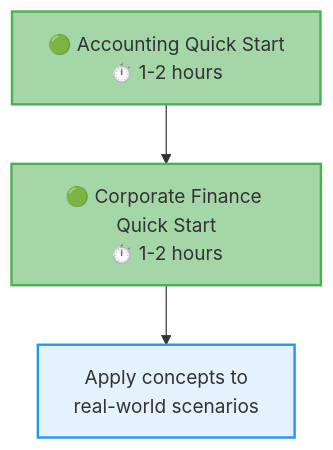
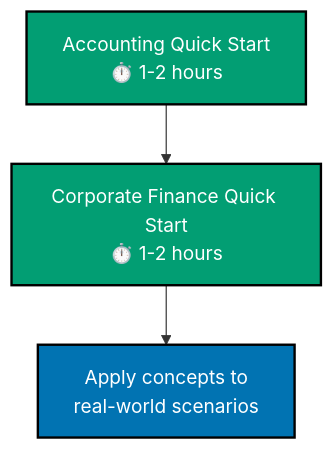
One commit to wahidyankf/open-sharia-enterprise changed the second of 5 diagrams in docs/tutorials/README.md. Above: the diagram before and after it, drawn with Mermaid. The commit also changed other lines of this file and 22 other files, not shown here.

First line of the commit message:
docs(diagrams): ensure all mermaid diagrams use color-blind friendly palette

````diff
--- a/docs/tutorials/README.md
+++ b/docs/tutorials/README.md
@@ -150,12 +156,12 @@
 ```mermaid
 graph TB
-	A[🟢 Accounting Quick Start<br/>⏱️ 1-2 hours]
-	B[🟢 Corporate Finance Quick Start<br/>⏱️ 1-2 hours]
+	A[Accounting Quick Start<br/>⏱️ 1-2 hours]
+	B[Corporate Finance Quick Start<br/>⏱️ 1-2 hours]
 	C[Apply concepts to<br/>real-world scenarios]
 
 	A --> B --> C
 
-	style A fill:#a5d6a7,stroke:#4caf50,stroke-width:2px
-	style B fill:#a5d6a7,stroke:#4caf50,stroke-width:2px
-	style C fill:#e3f2fd,stroke:#2196f3,stroke-width:2px
+	style A fill:#029E73,stroke:#000000,color:#FFFFFF,stroke-width:2px
+	style B fill:#029E73,stroke:#000000,color:#FFFFFF,stroke-width:2px
+	style C fill:#0173B2,stroke:#000000,color:#FFFFFF,stroke-width:2px
 ```
````
